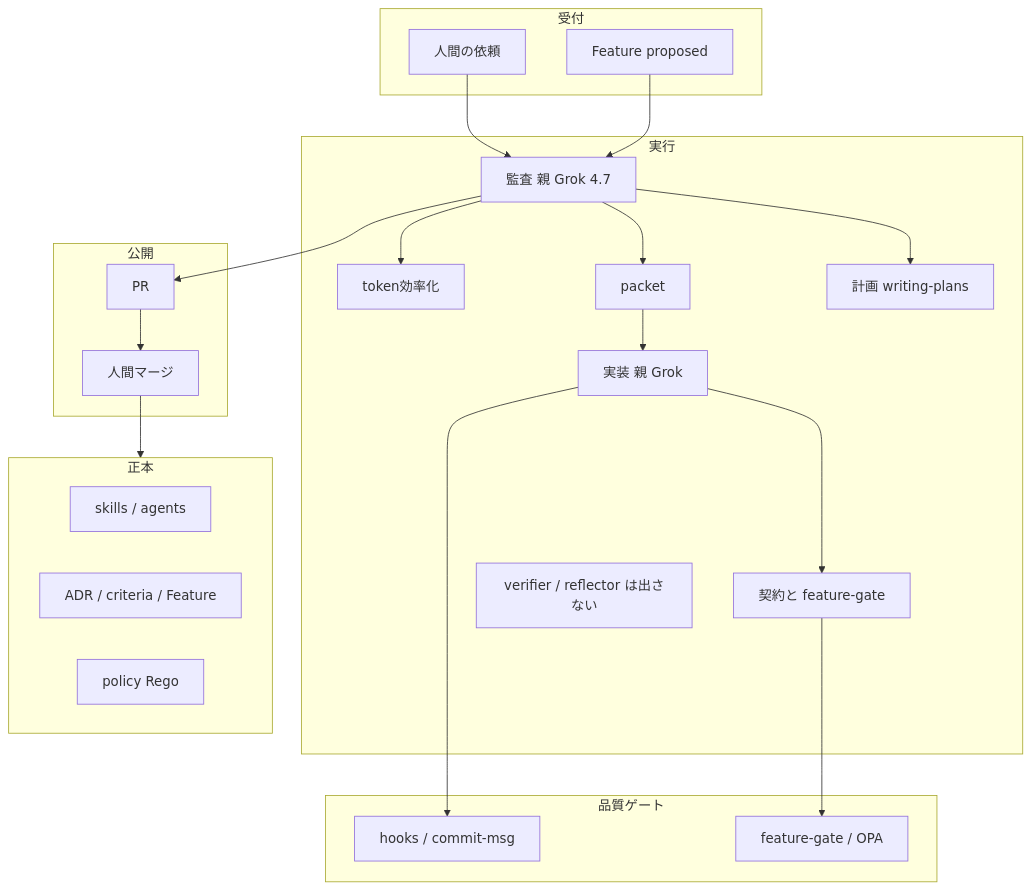
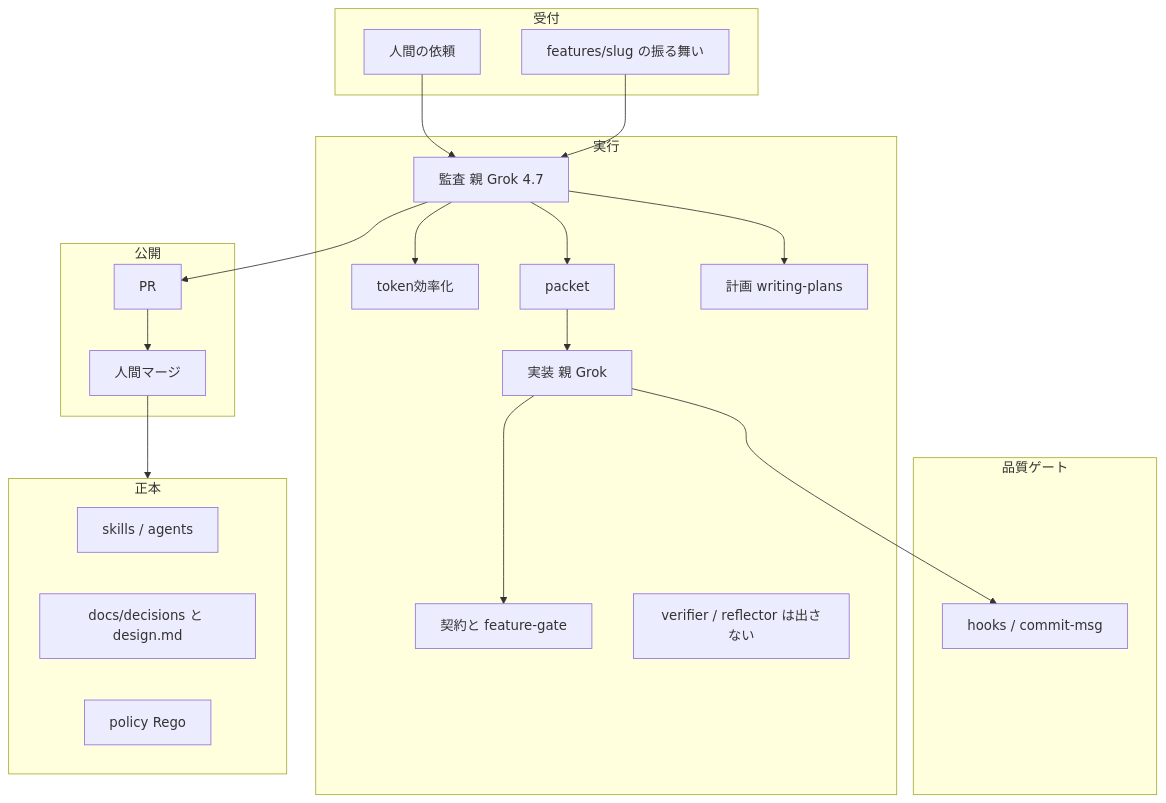
One commit to marumo333/marumo333-cursor-harness changed the second of 4 diagrams in README.md. Above: the diagram before and after it, drawn with Mermaid. The commit also changed other lines of this file and 138 other files, not shown here.

````diff
--- a/README.md
+++ b/README.md
@@ -87,46 +84,44 @@
 ```mermaid
 flowchart TB
   subgraph inbound["受付"]
     H["人間の依頼"]
-    FE["Feature proposed"]
+    BH["features/slug の振る舞い"]
   end
 
   subgraph plant["実行"]
     P["監査 親 Grok 4.7"]
     CM["token効率化"]
     PK["packet"]
     PL["計画 writing-plans"]
     IM["実装 親 Grok"]
     CT["契約と feature-gate"]
     OFF["verifier / reflector は出さない"]
   end
 
   subgraph qa["品質ゲート"]
     HK["hooks / commit-msg"]
-    FG["feature-gate / OPA"]
   end
 
   subgraph warehouse["正本"]
     SK["skills / agents"]
-    AD["ADR / criteria / Feature"]
+    AD["docs/decisions と design.md"]
     PO["policy Rego"]
   end
 
   subgraph ship["公開"]
     PR["PR"]
     HM["人間マージ"]
   end
 
   H --> P
-  FE --> P
+  BH --> P
   P --> CM
   P --> PK
   P --> PL
   PK --> IM
   IM --> HK
   IM --> CT
-  CT --> FG
   P --> PR
   PR --> HM
   HM --> warehouse
 ```
````
